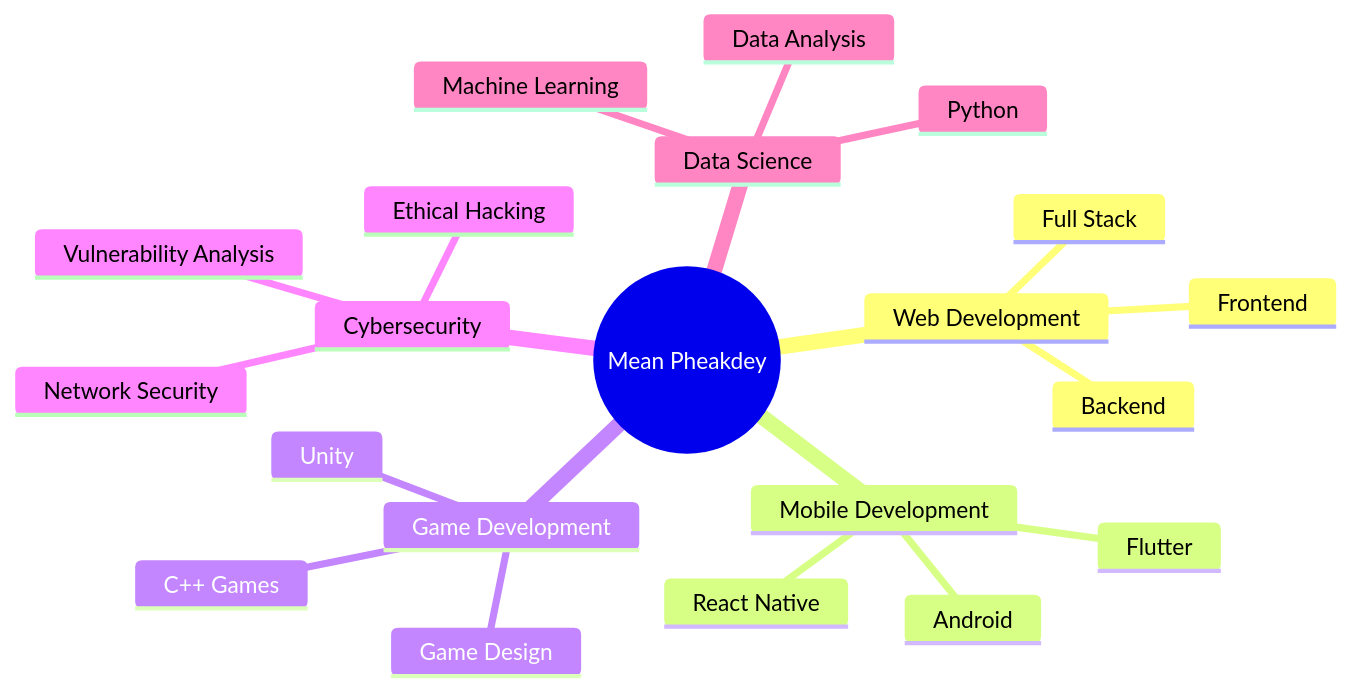
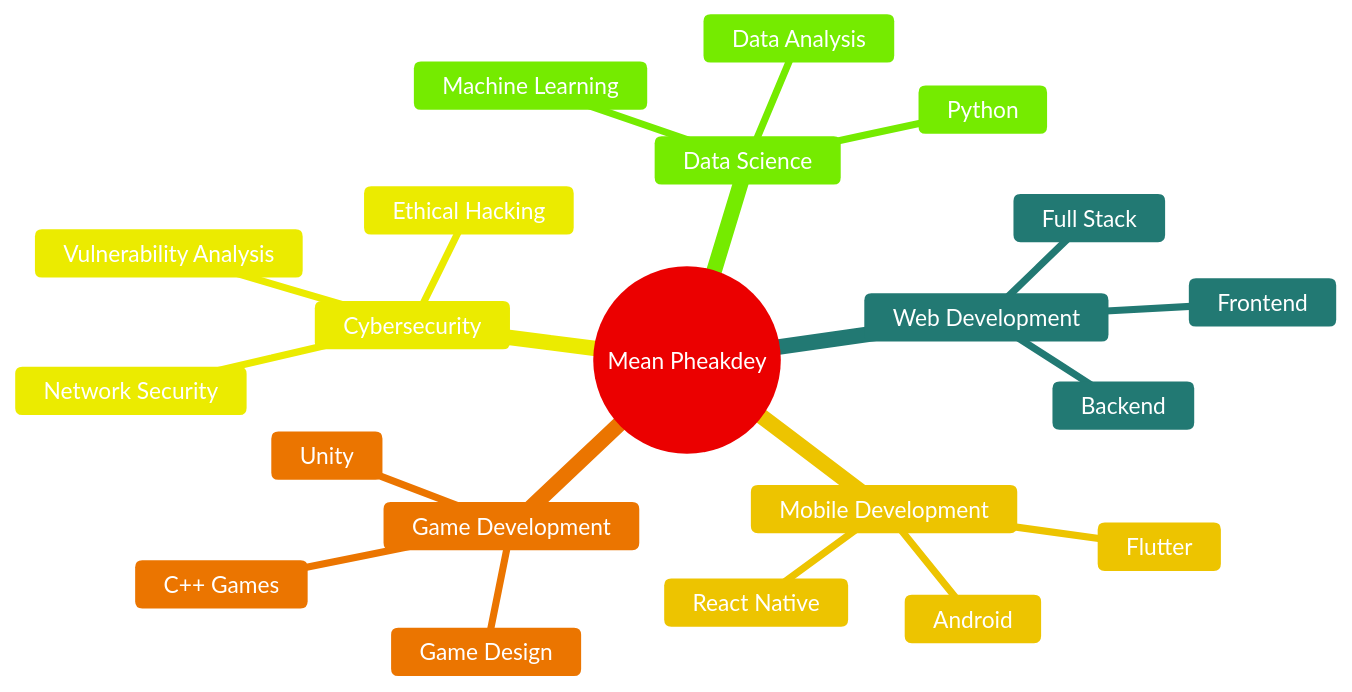
The diagram in README.md (itskdey/itskdey), drawn with Mermaid before and after one commit. The commit also changed other lines of this file, not shown here.

````diff
--- a/README.md
+++ b/README.md
@@ -221,24 +225,25 @@
 ```mermaid
+%%{init: {'theme':'base', 'themeVariables': { 'primaryColor':'#ff6b6b', 'primaryTextColor':'#fff', 'primaryBorderColor':'#ee5a6f', 'lineColor':'#4ecdc4', 'secondaryColor':'#4ecdc4', 'tertiaryColor':'#ffe66d', 'background':'#1a1a2e', 'mainBkg':'#ff6b6b', 'secondBkg':'#4ecdc4', 'tertiaryBkg':'#95e1d3', 'textColor':'#f8f9fa'}}}%%
 mindmap
   root((Mean Pheakdey))
     Web Development
       Frontend
       Backend
       Full Stack
     Mobile Development
       Flutter
       React Native
       Android
     Game Development
       Unity
       Game Design
       C++ Games
     Cybersecurity
       Network Security
       Vulnerability Analysis
       Ethical Hacking
     Data Science
       Machine Learning
       Data Analysis
       Python
 ```
````
